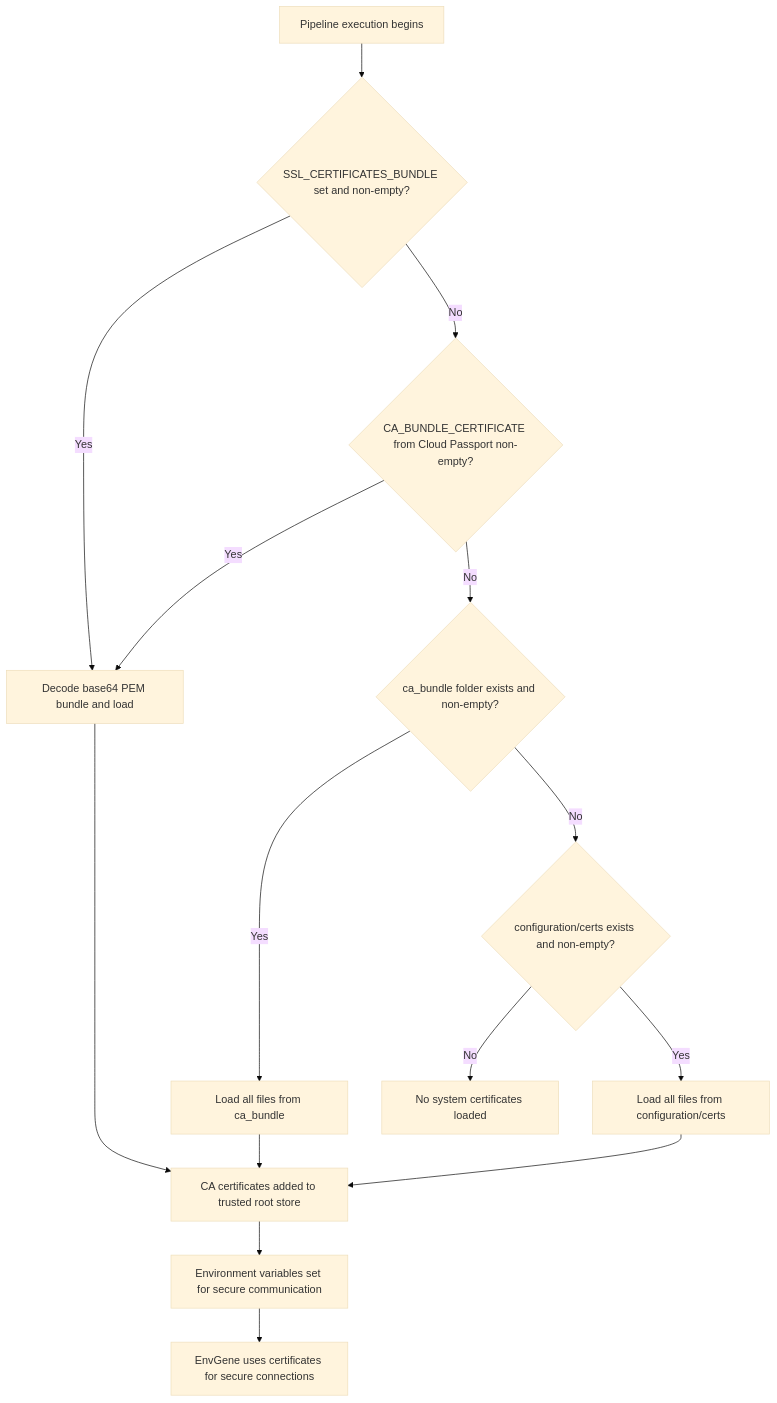
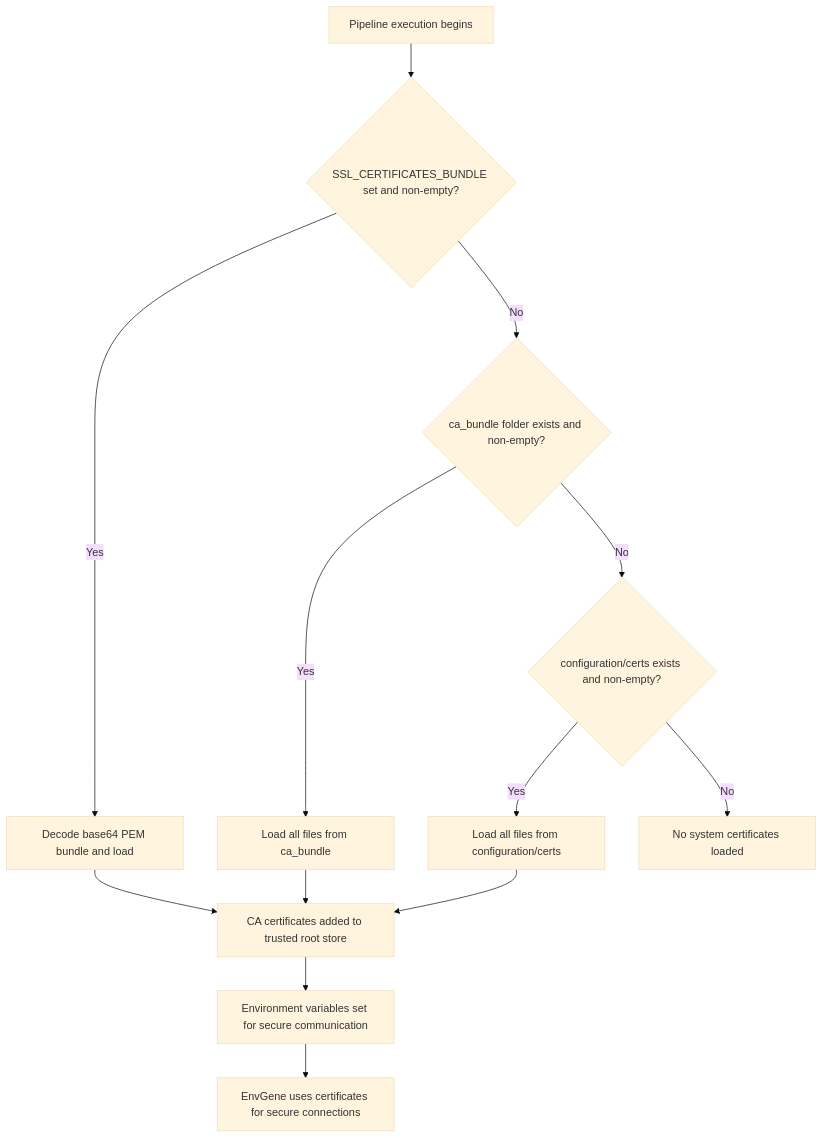
The diagram in docs/features/system-certificate.md (Netcracker/qubership-envgene), drawn with Mermaid (base theme) before and after one commit. The commit also changed other lines of this file and 1 other file, not shown here.

Commit message:
docs: remove Cloud Passport as system certificate source

````diff
--- a/docs/features/system-certificate.md
+++ b/docs/features/system-certificate.md
@@ -90,17 +89,15 @@
 ```mermaid
 flowchart TD
     A[Pipeline execution begins] --> B{SSL_CERTIFICATES_BUNDLE set and non-empty?}
     B -->|Yes| C[Decode base64 PEM bundle and load]
-    B -->|No| D{CA_BUNDLE_CERTIFICATE from Cloud Passport non-empty?}
-    D -->|Yes| C
-    D -->|No| E{ca_bundle folder exists and non-empty?}
+    B -->|No| E{ca_bundle folder exists and non-empty?}
     E -->|Yes| F[Load all files from ca_bundle]
     E -->|No| G{configuration/certs exists and non-empty?}
     G -->|Yes| H[Load all files from configuration/certs]
     G -->|No| I[No system certificates loaded]
     C --> J[CA certificates added to trusted root store]
     F --> J
     H --> J
     J --> K[Environment variables set for secure communication]
     K --> L[EnvGene uses certificates for secure connections]
 ```
````
